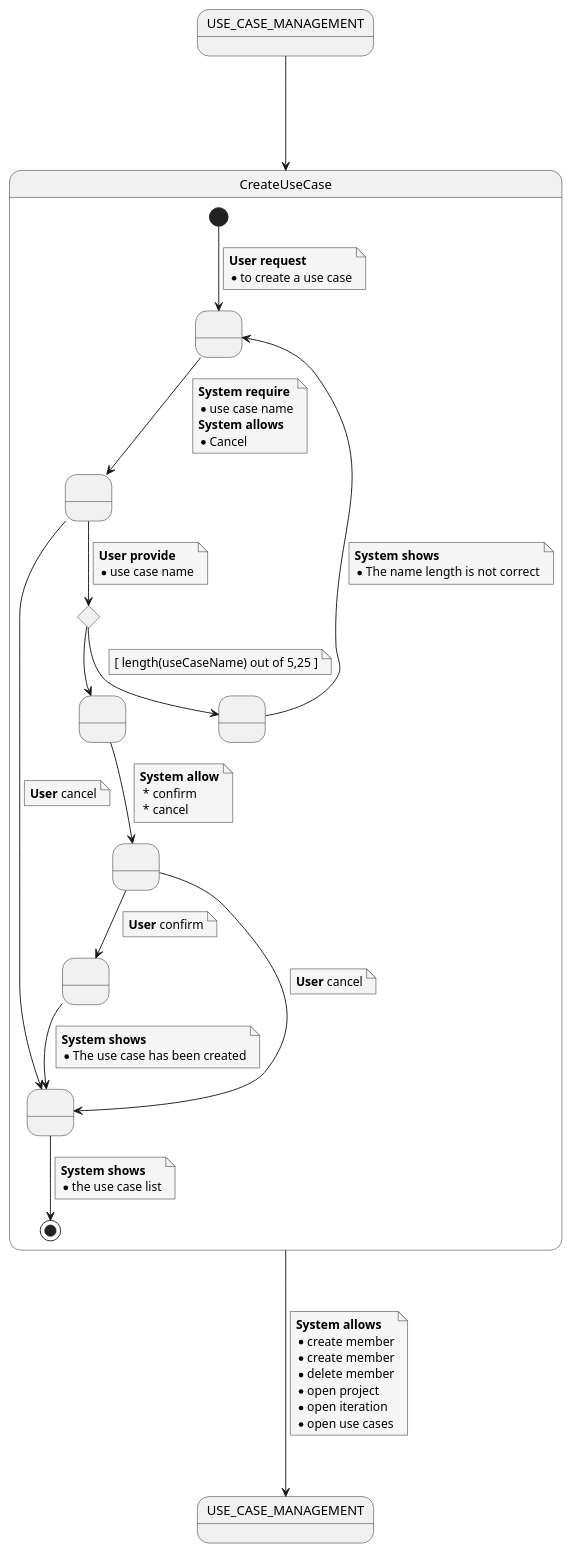
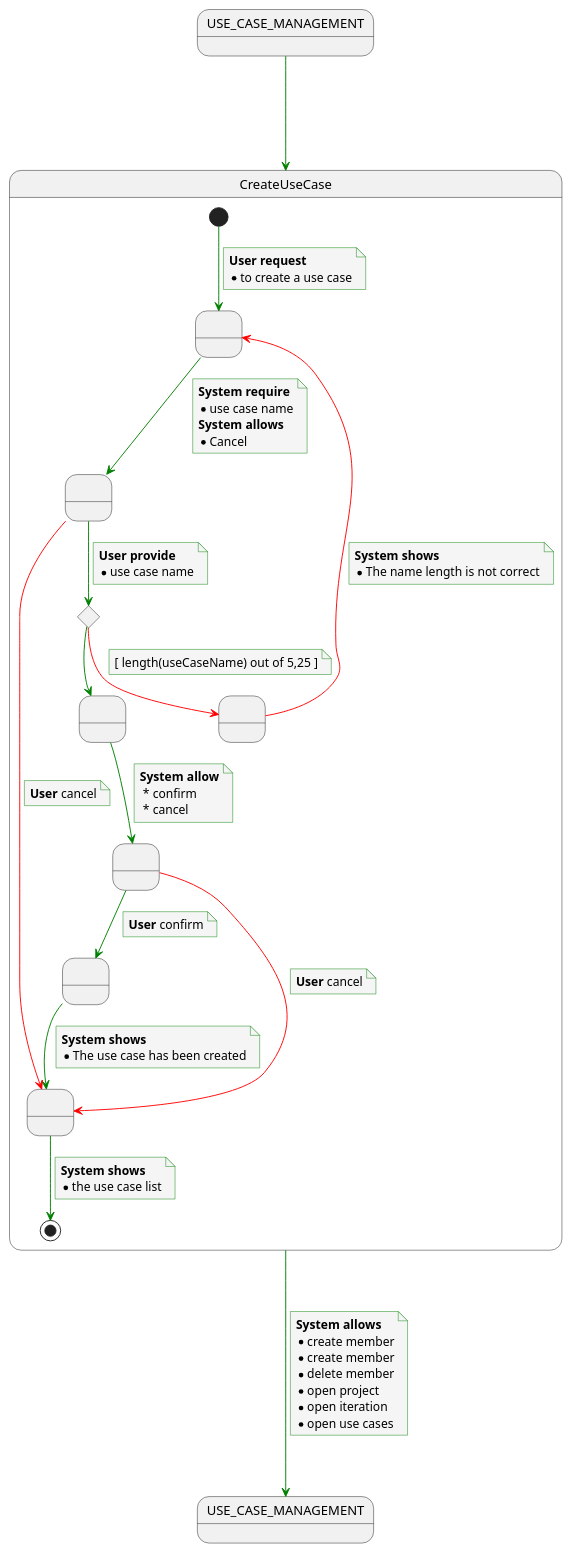
The diagram in documentation/usecasesview/specifications/usecases/CreateUseCase.puml (rup-projects/rup-projects), drawn with PlantUML before and after one commit. The commit also changed 18 other files, not shown here.

Commit message:
Especificacion de caso de uso : añado skinParams, para remarcar el successfull flow, en vez de pintar los nodos en verde pintamos las flechas en verde,de modo que si es un camino de canceler o fallo de validacion la flecha se muestra en rojo. Queda mas claro de un vistazo cual es el camino principal

```diff
--- a/documentation/usecasesview/specifications/usecases/CreateUseCase.puml
+++ b/documentation/usecasesview/specifications/usecases/CreateUseCase.puml
@@ -1,99 +1,102 @@
 @startuml
-skinparam NoteBackgroundColor #whiteSmoke
-
+    skinparam {
+        NoteBackgroundColor #whiteSmoke
+        ArrowColor #green
+        NoteBorderColor #green
+    }
 
 'Initial/end states
 state init as "USE_CASE_MANAGEMENT"
 state end as "USE_CASE_MANAGEMENT"
 
 init ---> CreateUseCase
 CreateUseCase ---> end
 note on link
 <b>System allows</b>
 * create member
 * create member
 * delete member
 * open project
 * open iteration
 * open use cases
 end note
 
 'Use case specfication
 state CreateUseCase {
     state createOrdered as " "
     state editUseCase as " "
     state editedUseCase  <<choice>>
     state requireToConfirm  as " "
     state savedUseCase as " "
     state errorValidation as " "
     state toConfirm as " "
     state systemSave as " "
 
     'Main path
     [*] --> createOrdered
     note on link
         <b>User request</b>
         * to create a use case
     end note
 
     createOrdered --> editUseCase
     note on link
         <b>System require</b>
         * use case name
         <b>System allows</b>
         * Cancel
     end note
     editUseCase --> editedUseCase
     note on link
         <b>User provide</b>
         * use case name
     end note
     editedUseCase --> toConfirm
     toConfirm --> requireToConfirm
             note on link
             <b>System allow</b>
              * confirm
              * cancel
             end note
     requireToConfirm --> systemSave
         note on link
         <b>User</b> confirm
         end note
     systemSave --> savedUseCase
         note on link
             <b>System shows</b>
             * The use case has been created
         end note
     savedUseCase --> [*]
            note on link
            <b>System shows</b>
            * the use case list
            end note
 
     'variation path
-    editedUseCase --> errorValidation
+    editedUseCase -[#red]-> errorValidation
         note on link
         [ length(useCaseName) out of 5,25 ]
         end note
 
-    errorValidation --> createOrdered
+    errorValidation -[#red]-> createOrdered
             note on link
             <b>System shows</b>
             * The name length is not correct
             end note
 
     'variation path
-    requireToConfirm --> savedUseCase
+    requireToConfirm -[#red]-> savedUseCase
     note on link
           <b>User</b> cancel
     end note
 
     'variation path
-    editUseCase --> savedUseCase
+    editUseCase -[#red]-> savedUseCase
     note on link
           <b>User</b> cancel
     end note
 
 }
 
 @enduml
```
